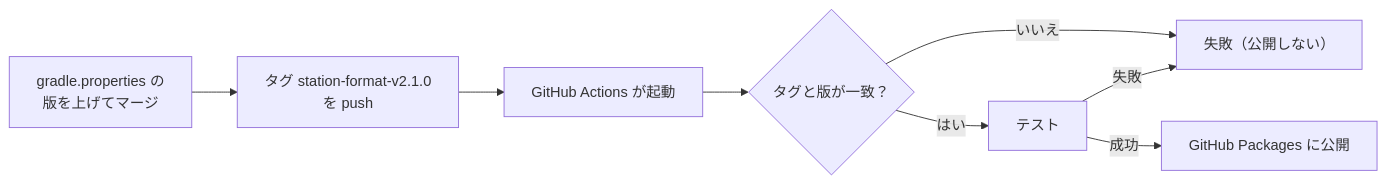
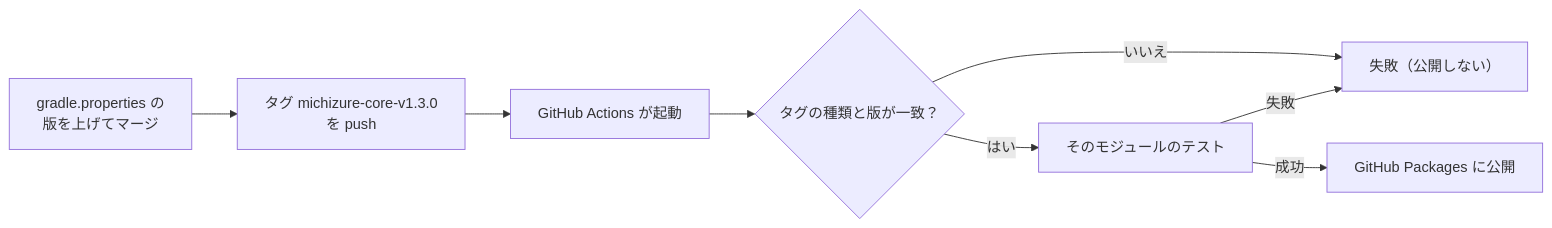
One commit to duwenji/yorisoi-tutorial changed the diagram in 05-station-format/03-publish.md. Above: the diagram before and after it, drawn with Mermaid. The commit also changed other lines of this file and 3 other files, not shown here.

````diff
--- a/05-station-format/03-publish.md
+++ b/05-station-format/03-publish.md
@@ -179,10 +205,10 @@
 ```mermaid
 flowchart LR
-    A["gradle.properties の<br/>版を上げてマージ"] --> B["タグ station-format-v2.1.0<br/>を push"]
+    A["gradle.properties の<br/>版を上げてマージ"] --> B["タグ michizure-core-v1.3.0<br/>を push"]
     B --> C["GitHub Actions が起動"]
-    C --> D{"タグと版が一致？"}
+    C --> D{"タグの種類と版が一致？"}
     D -->|いいえ| X["失敗（公開しない）"]
-    D -->|はい| E["テスト"]
+    D -->|はい| E["そのモジュールのテスト"]
     E -->|失敗| X
     E -->|成功| F["GitHub Packages に公開"]
 ```
````
